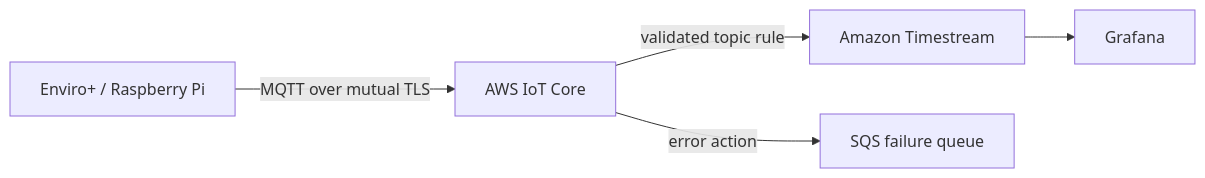
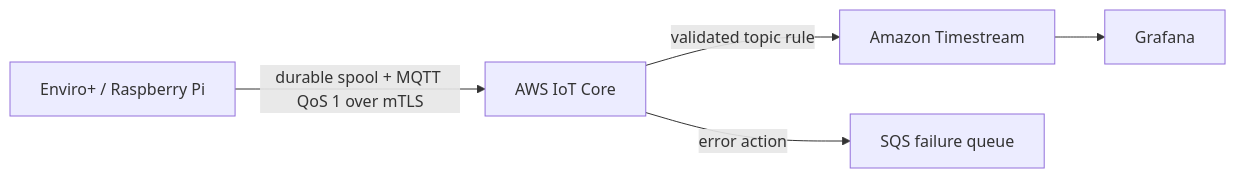
The diagram in README.md (OzanSahin92/enviroplus-logger), drawn with Mermaid before and after one commit. The commit also changed other lines of this file and 10 other files, not shown here.

Commit message:
feat: add durable AWS IoT device agent

````diff
--- a/README.md
+++ b/README.md
@@ -13,7 +13,7 @@
 ```mermaid
 flowchart LR
-    A[Enviro+ / Raspberry Pi] -->|MQTT over mutual TLS| B[AWS IoT Core]
+A[Enviro+ / Raspberry Pi] -->|durable spool + MQTT QoS 1 over mTLS| B[AWS IoT Core]
     B -->|validated topic rule| C[Amazon Timestream]
     B -->|error action| D[SQS failure queue]
     C --> E[Grafana]
 ```
````
